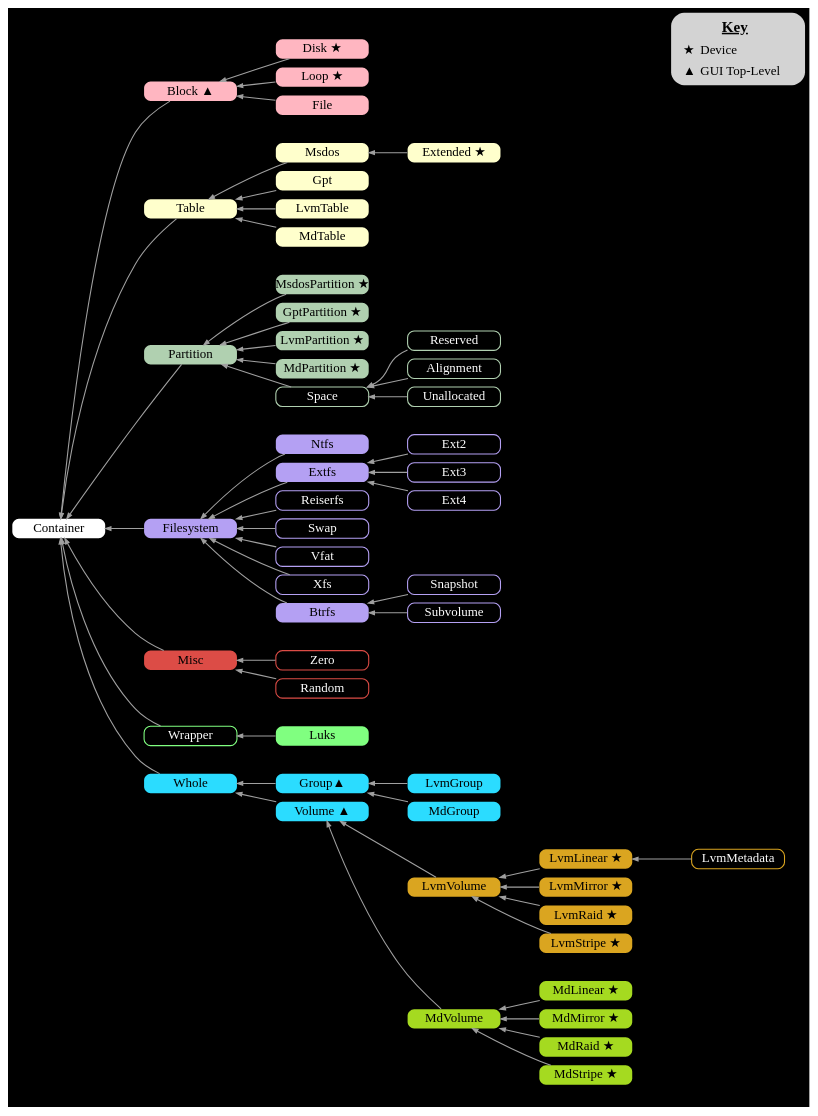
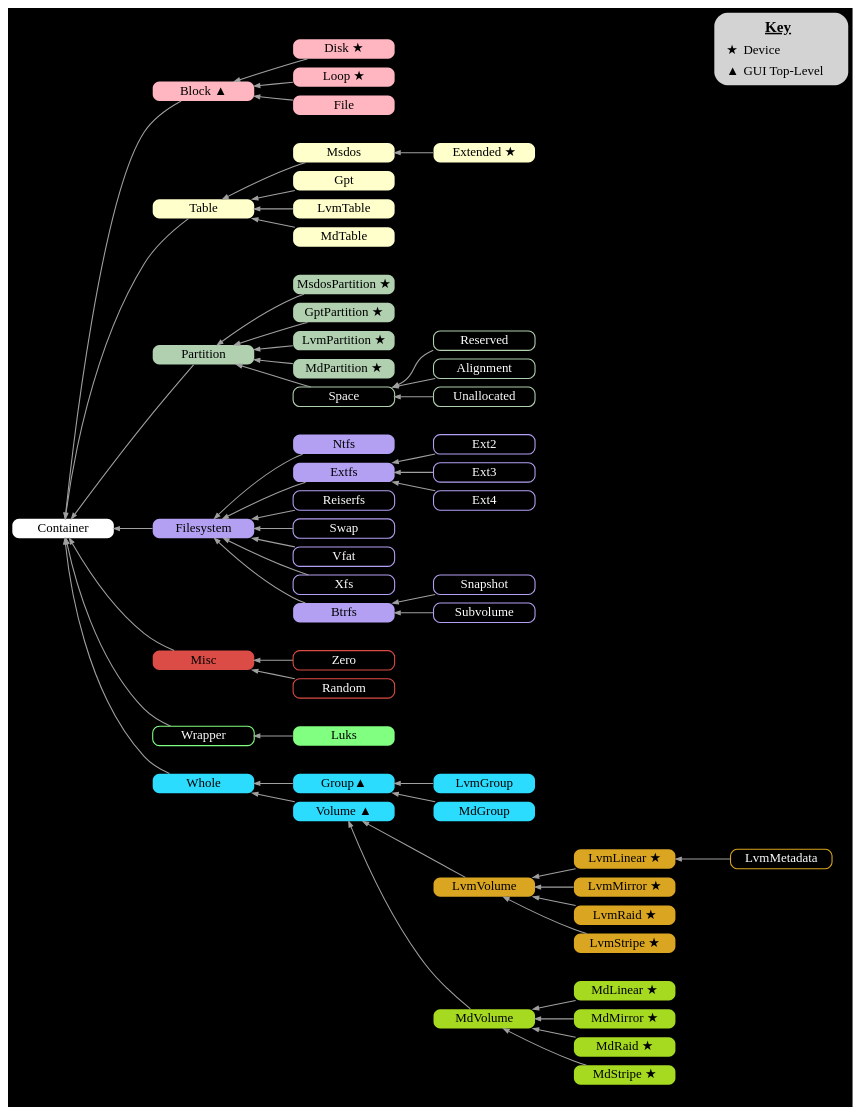
Before and after one commit to flatcap/dparted: the diagram in gfx/class_dparted5.gv, drawn with Graphviz.

Commit message:
label to end

```diff
--- a/gfx/class_dparted5.gv
+++ b/gfx/class_dparted5.gv
@@ -12,7 +12,7 @@
 		shape="Mrecord"
 		fontsize="12"
 		style="filled"
-		width="1.2"
+		width="1.3"
 		height="0.25"
 		fixedsize="true"
 		penwidth="0.0"
@@ -31,76 +31,76 @@
 		<tr><td>▲</td><td align="left">GUI Top-Level</td></tr>
 	      </table> > ]
 
-	Container      [ label="Container"        fillcolor="#FFFFFF" ];
-                                                
-	Block          [ label="Block ▲"          fillcolor="#FFB6C1" ];
-	Disk           [ label="Disk ★"           fillcolor="#FFB6C1" ];
-	Loop           [ label="Loop ★"           fillcolor="#FFB6C1" ];
-	File           [ label="File"             fillcolor="#FFB6C1" ];
-                                                
-	Table          [ label="Table"            fillcolor="#FFFFCC" ];
-	Msdos          [ label="Msdos"            fillcolor="#FFFFCC" ];
-	Extended       [ label="Extended ★"       fillcolor="#FFFFCC" ];
-	Gpt            [ label="Gpt"              fillcolor="#FFFFCC" ];
-	LvmTable       [ label="LvmTable"         fillcolor="#FFFFCC" ];
-	MdTable        [ label="MdTable"          fillcolor="#FFFFCC" ];
+	Container      [ fillcolor="#FFFFFF" label="Container"        ];
 
-	Partition      [ label="Partition"        fillcolor="#B0D0B0" ];
-	MsdosPartition [ label="MsdosPartition ★" fillcolor="#B0D0B0" ];
-	GptPartition   [ label="GptPartition ★"   fillcolor="#B0D0B0" ];
-	LvmPartition   [ label="LvmPartition ★"   fillcolor="#B0D0B0" ];
-	MdPartition    [ label="MdPartition ★"    fillcolor="#B0D0B0" ];
+	Block          [ fillcolor="#FFB6C1" label="Block ▲"          ];
+	Disk           [ fillcolor="#FFB6C1" label="Disk ★"           ];
+	Loop           [ fillcolor="#FFB6C1" label="Loop ★"           ];
+	File           [ fillcolor="#FFB6C1" label="File"             ];
 
-	Space          [ label="Space"            color    ="#B0D0B0" fontcolor=white style=solid penwidth=1 ];
-	Reserved       [ label="Reserved"         color    ="#B0D0B0" fontcolor=white style=solid penwidth=1 ];
-	Alignment      [ label="Alignment"        color    ="#B0D0B0" fontcolor=white style=solid penwidth=1 ];
-	Unallocated    [ label="Unallocated"      color    ="#B0D0B0" fontcolor=white style=solid penwidth=1 ];
-                                                
-	Filesystem     [ label="Filesystem"       fillcolor="#B4A0F3" ];
-	Extfs          [ label="Extfs"            fillcolor="#B4A0F3" ];
-	Btrfs          [ label="Btrfs"            fillcolor="#B4A0F3" ];
-	Ntfs           [ label="Ntfs"             fillcolor="#B4A0F3" ];
-                                                
-	Ext2           [ label="Ext2"             color    ="#B4A0F3" fontcolor=white style=solid penwidth=1 ];
-	Ext3           [ label="Ext3"             color    ="#B4A0F3" fontcolor=white style=solid penwidth=1 ];
-	Ext4           [ label="Ext4"             color    ="#B4A0F3" fontcolor=white style=solid penwidth=1 ];
-                                                
-	Reiserfs       [ label="Reiserfs"         color    ="#B4A0F3" fontcolor=white style=solid penwidth=1 ];
-	Swap           [ label="Swap"             color    ="#B4A0F3" fontcolor=white style=solid penwidth=1 ];
-	Vfat           [ label="Vfat"             color    ="#B4A0F3" fontcolor=white style=solid penwidth=1 ];
-	Xfs            [ label="Xfs"              color    ="#B4A0F3" fontcolor=white style=solid penwidth=1 ];
-                                                
-	BtrfsSnapshot  [ label="Snapshot"         color    ="#B4A0F3" fontcolor=white style=solid penwidth=1 ];
-	BtrfsSubvolume [ label="Subvolume"        color    ="#B4A0F3" fontcolor=white style=solid penwidth=1 ];
-                                                
-	Misc           [ label="Misc"             fillcolor="#DC4C46" ];
-                                                
-	Zero           [ label="Zero"             color    ="#DC4C46" fontcolor=white style=solid penwidth=1 ];
-	Random         [ label="Random"           color    ="#DC4C46" fontcolor=white style=solid penwidth=1 ];
-                                                
-	Wrapper        [ label="Wrapper"          color    ="#80FF80" fontcolor=white style=solid penwidth=1 ];
-                                                
-	Luks           [ label="Luks"             fillcolor="#80FF80" ];
-                                                
-	Volume         [ label="Volume ▲"         fillcolor="#2BDCFF" ];
-	Whole          [ label="Whole"            fillcolor="#2BDCFF" ];
-	Group          [ label="Group▲"           fillcolor="#2BDCFF" ];
-	LvmGroup       [ label="LvmGroup"         fillcolor="#2BDCFF" ];
-	MdGroup        [ label="MdGroup"          fillcolor="#2BDCFF" ];
-                                                
-	LvmLinear      [ label="LvmLinear ★"      fillcolor="#DAA520" ];
-	LvmMirror      [ label="LvmMirror ★"      fillcolor="#DAA520" ];
-	LvmRaid        [ label="LvmRaid ★"        fillcolor="#DAA520" ];
-	LvmStripe      [ label="LvmStripe ★"      fillcolor="#DAA520" ];
-	LvmVolume      [ label="LvmVolume"        fillcolor="#DAA520" ];
+	Table          [ fillcolor="#FFFFCC" label="Table"            ];
+	Msdos          [ fillcolor="#FFFFCC" label="Msdos"            ];
+	Extended       [ fillcolor="#FFFFCC" label="Extended ★"       ];
+	Gpt            [ fillcolor="#FFFFCC" label="Gpt"              ];
+	LvmTable       [ fillcolor="#FFFFCC" label="LvmTable"         ];
+	MdTable        [ fillcolor="#FFFFCC" label="MdTable"          ];
 
-	LvmMetadata    [ label="LvmMetadata"      color    ="#DAA520" fontcolor=white style=solid penwidth=1 ];
+	Partition      [ fillcolor="#B0D0B0" label="Partition"        ];
+	MsdosPartition [ fillcolor="#B0D0B0" label="MsdosPartition ★" ];
+	GptPartition   [ fillcolor="#B0D0B0" label="GptPartition ★"   ];
+	LvmPartition   [ fillcolor="#B0D0B0" label="LvmPartition ★"   ];
+	MdPartition    [ fillcolor="#B0D0B0" label="MdPartition ★"    ];
 
-	MdLinear       [ label="MdLinear ★"       fillcolor="#A5DA20" ];
-	MdMirror       [ label="MdMirror ★"       fillcolor="#A5DA20" ];
-	MdRaid         [ label="MdRaid ★"         fillcolor="#A5DA20" ];
-	MdStripe       [ label="MdStripe ★"       fillcolor="#A5DA20" ];
-	MdVolume       [ label="MdVolume"         fillcolor="#A5DA20" ];
+	Space          [ color="#B0D0B0" fontcolor=white style=solid penwidth=1 label="Space"            ];
+	Reserved       [ color="#B0D0B0" fontcolor=white style=solid penwidth=1 label="Reserved"         ];
+	Alignment      [ color="#B0D0B0" fontcolor=white style=solid penwidth=1 label="Alignment"        ];
+	Unallocated    [ color="#B0D0B0" fontcolor=white style=solid penwidth=1 label="Unallocated"      ];
+
+	Filesystem     [ fillcolor="#B4A0F3" label="Filesystem"       ];
+	Extfs          [ fillcolor="#B4A0F3" label="Extfs"            ];
+	Btrfs          [ fillcolor="#B4A0F3" label="Btrfs"            ];
+	Ntfs           [ fillcolor="#B4A0F3" label="Ntfs"             ];
+
+	Ext2           [ color    ="#B4A0F3" fontcolor=white style=solid penwidth=1 label="Ext2"             ];
+	Ext3           [ color    ="#B4A0F3" fontcolor=white style=solid penwidth=1 label="Ext3"             ];
+	Ext4           [ color    ="#B4A0F3" fontcolor=white style=solid penwidth=1 label="Ext4"             ];
+
+	Reiserfs       [ color    ="#B4A0F3" fontcolor=white style=solid penwidth=1 label="Reiserfs"         ];
+	Swap           [ color    ="#B4A0F3" fontcolor=white style=solid penwidth=1 label="Swap"             ];
+	Vfat           [ color    ="#B4A0F3" fontcolor=white style=solid penwidth=1 label="Vfat"             ];
+	Xfs            [ color    ="#B4A0F3" fontcolor=white style=solid penwidth=1 label="Xfs"              ];
+
+	BtrfsSnapshot  [ color    ="#B4A0F3" fontcolor=white style=solid penwidth=1 label="Snapshot"         ];
+	BtrfsSubvolume [ color    ="#B4A0F3" fontcolor=white style=solid penwidth=1 label="Subvolume"        ];
+
+	Misc           [ fillcolor="#DC4C46" label="Misc"             ];
+
+	Zero           [ color    ="#DC4C46" fontcolor=white style=solid penwidth=1 label="Zero"             ];
+	Random         [ color    ="#DC4C46" fontcolor=white style=solid penwidth=1 label="Random"           ];
+
+	Wrapper        [ color    ="#80FF80" fontcolor=white style=solid penwidth=1 label="Wrapper"          ];
+
+	Luks           [ fillcolor="#80FF80" label="Luks"             ];
+
+	Volume         [ fillcolor="#2BDCFF" label="Volume ▲"         ];
+	Whole          [ fillcolor="#2BDCFF" label="Whole"            ];
+	Group          [ fillcolor="#2BDCFF" label="Group▲"           ];
+	LvmGroup       [ fillcolor="#2BDCFF" label="LvmGroup"         ];
+	MdGroup        [ fillcolor="#2BDCFF" label="MdGroup"          ];
+
+	LvmLinear      [ fillcolor="#DAA520" label="LvmLinear ★"      ];
+	LvmMirror      [ fillcolor="#DAA520" label="LvmMirror ★"      ];
+	LvmRaid        [ fillcolor="#DAA520" label="LvmRaid ★"        ];
+	LvmStripe      [ fillcolor="#DAA520" label="LvmStripe ★"      ];
+	LvmVolume      [ fillcolor="#DAA520" label="LvmVolume"        ];
+
+	LvmMetadata    [ color    ="#DAA520" fontcolor=white style=solid penwidth=1 label="LvmMetadata"      ];
+
+	MdLinear       [ fillcolor="#A5DA20" label="MdLinear ★"       ];
+	MdMirror       [ fillcolor="#A5DA20" label="MdMirror ★"       ];
+	MdRaid         [ fillcolor="#A5DA20" label="MdRaid ★"         ];
+	MdStripe       [ fillcolor="#A5DA20" label="MdStripe ★"       ];
+	MdVolume       [ fillcolor="#A5DA20" label="MdVolume"         ];
 
 	Block      -> Container;
 	Filesystem -> Container;
```
